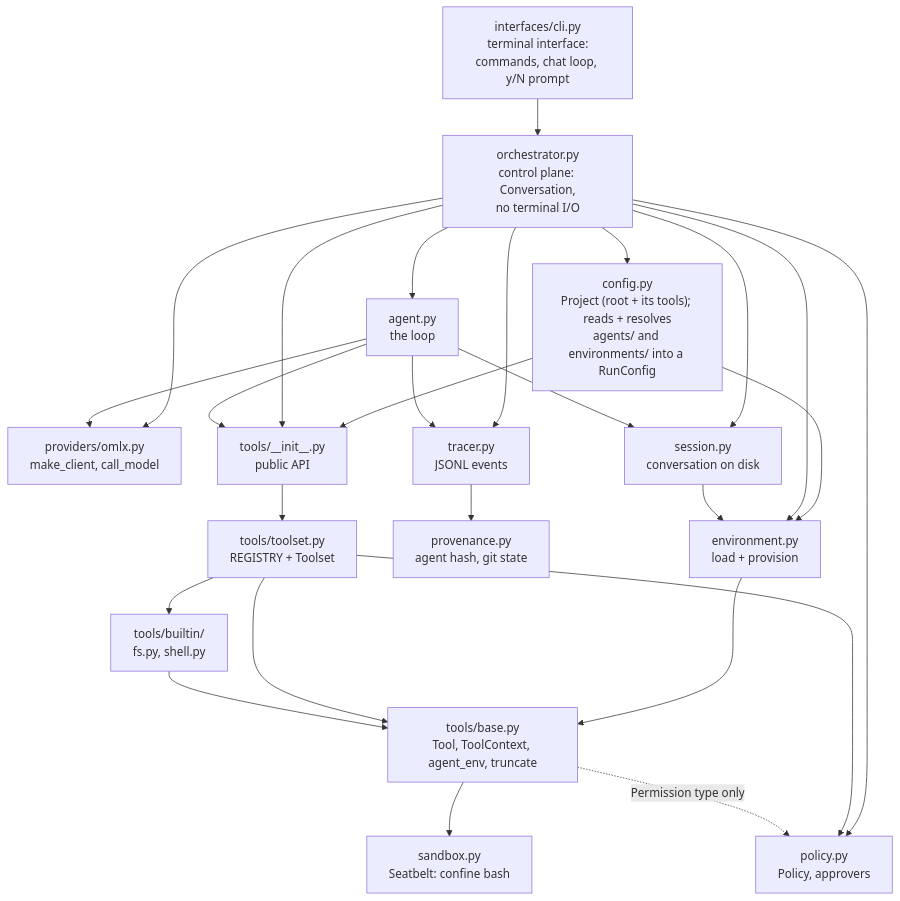
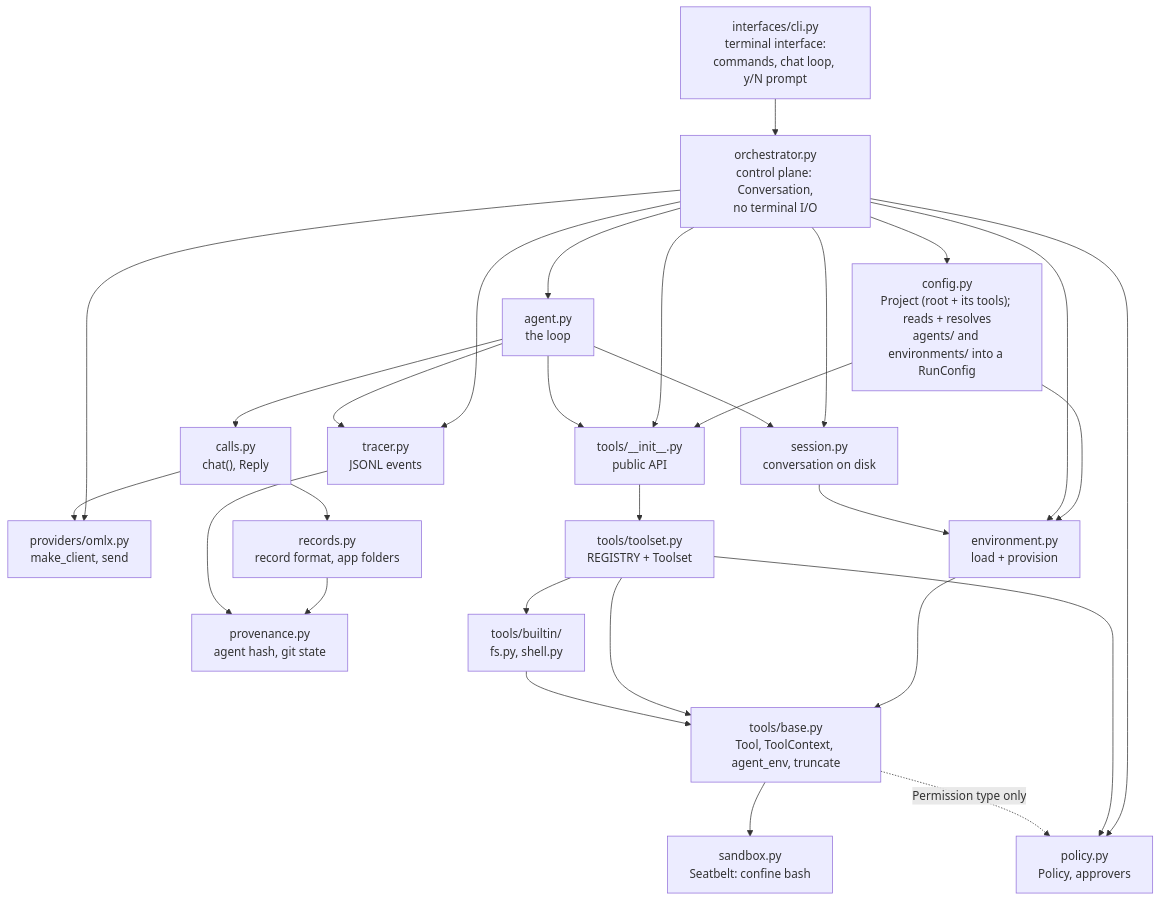
One commit to adgnvtefc/orchestra changed the fifth of 5 diagrams in visual_representation.md. Above: the diagram before and after it, drawn with Mermaid. The commit also changed other lines of this file and 31 other files, not shown here.

````diff
--- a/visual_representation.md
+++ b/visual_representation.md
@@ -380,28 +439,31 @@
 ```mermaid
 flowchart TD
     climod["interfaces/cli.py<br/>terminal interface:<br/>commands, chat loop, y/N prompt"] --> orch
     orch["orchestrator.py<br/>control plane: Conversation,<br/>no terminal I/O"] --> agent["agent.py<br/>the loop"]
     orch --> loader["config.py<br/>Project (root + its tools); reads + resolves<br/>agents/ and environments/ into a RunConfig"]
-    orch --> providers["providers/omlx.py<br/>make_client, call_model"]
+    orch --> providers["providers/omlx.py<br/>make_client, send"]
     base --> sandboxmod["sandbox.py<br/>Seatbelt: confine bash"]
-    agent --> providers
+    agent --> calls
     loader --> envmod
     loader --> tools_api
     orch --> sessionmod["session.py<br/>conversation on disk"]
     orch --> envmod["environment.py<br/>load + provision"]
     envmod --> base
     agent --> sessionmod
     sessionmod --> envmod
     orch --> policy["policy.py<br/>Policy, approvers"]
     orch --> tools_api["tools/__init__.py<br/>public API"]
     orch --> tracer["tracer.py<br/>JSONL events"]
     agent --> tracer
+    calls["calls.py<br/>chat(), Reply"] --> records["records.py<br/>record format, app folders"]
+    calls --> providers
+    records --> prov
     tracer --> prov["provenance.py<br/>agent hash, git state"]
     agent --> tools_api
     tools_api --> toolset["tools/toolset.py<br/>REGISTRY + Toolset"]
     toolset --> policy
     toolset --> builtin["tools/builtin/<br/>fs.py, shell.py"]
     toolset --> base["tools/base.py<br/>Tool, ToolContext, agent_env, truncate"]
     builtin --> base
     base -.->|"Permission type only"| policy
 ```
````
